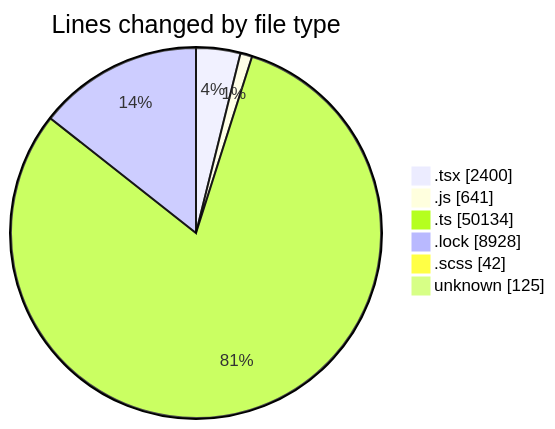
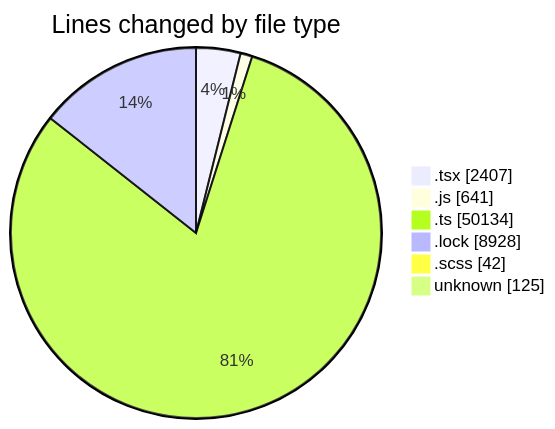
Before and after one commit to momahboobian/code-tracking: the first of 2 diagrams in 2026-09-16/cda/README.md, drawn with Mermaid. The commit also changed other lines of this file and 1 other file, not shown here.

````diff
--- a/2026-09-16/cda/README.md
+++ b/2026-09-16/cda/README.md
@@ -59,10 +59,10 @@
 ```mermaid
 pie showData
 title Lines changed by file type
-".tsx" : 2400
+".tsx" : 2407
 ".js" : 641
 ".ts" : 50134
 ".lock" : 8928
 ".scss" : 42
 "unknown" : 125
 ```
````
